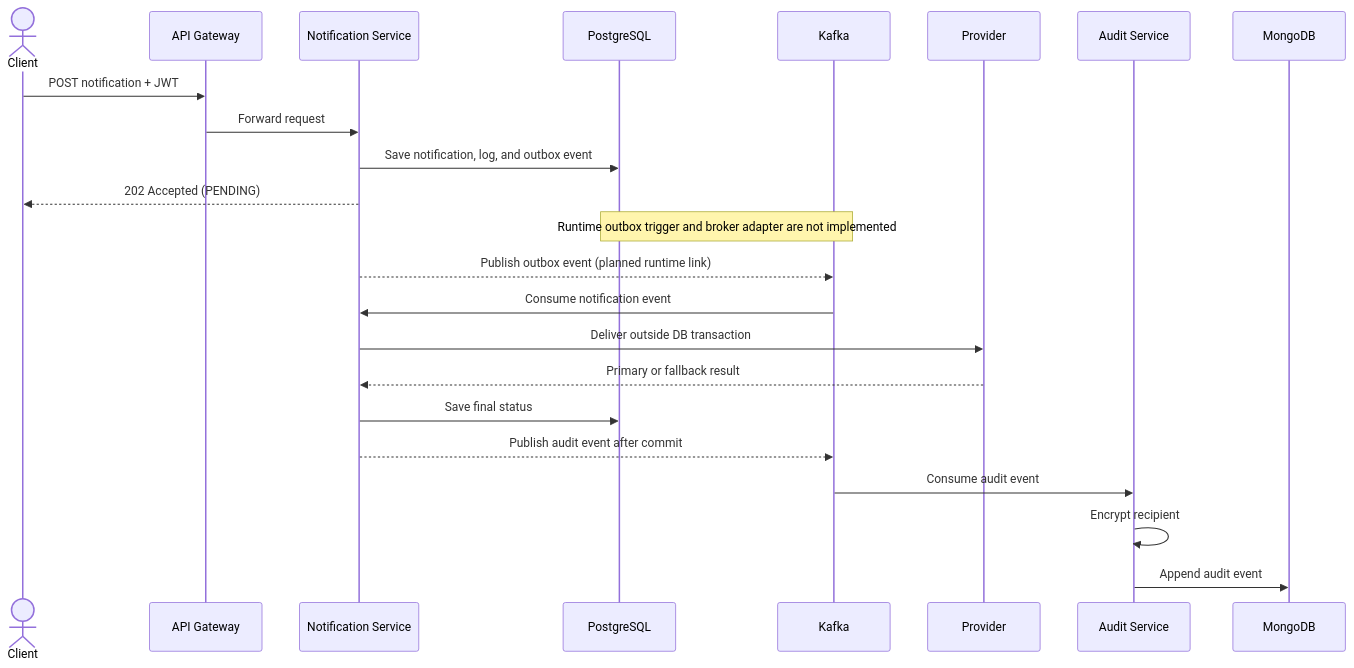
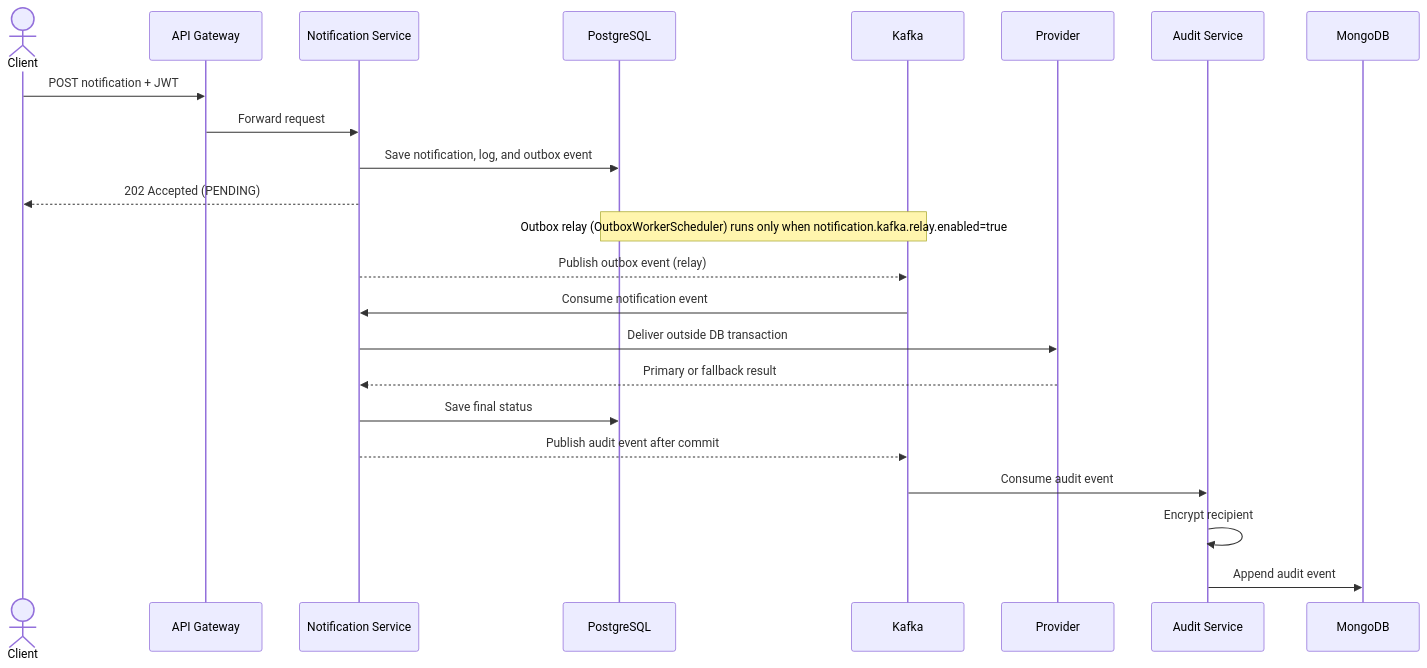
The third of 4 diagrams in docs/ARCHITECTURE.md (Exar-lab/AegisNotify), drawn with Mermaid before and after one commit. The commit also changed other lines of this file and 4 other files, not shown here.

First line of the commit message:
docs: fix stale statements in README, ARCHITECTURE, and scopes docs

````diff
--- a/docs/ARCHITECTURE.md
+++ b/docs/ARCHITECTURE.md
@@ -103,26 +103,26 @@
 ```mermaid
 sequenceDiagram
     actor Client
     participant Gateway as API Gateway
     participant Service as Notification Service
     participant DB as PostgreSQL
     participant Kafka
     participant Provider
     participant Audit as Audit Service
     participant Mongo as MongoDB
 
     Client->>Gateway: POST notification + JWT
     Gateway->>Service: Forward request
     Service->>DB: Save notification, log, and outbox event
     Service-->>Client: 202 Accepted (PENDING)
-    Note over DB,Kafka: Runtime outbox trigger and broker adapter are not implemented
-    Service-->>Kafka: Publish outbox event (planned runtime link)
+    Note over DB,Kafka: Outbox relay (OutboxWorkerScheduler) runs only when notification.kafka.relay.enabled=true
+    Service-->>Kafka: Publish outbox event (relay)
     Kafka->>Service: Consume notification event
     Service->>Provider: Deliver outside DB transaction
     Provider-->>Service: Primary or fallback result
     Service->>DB: Save final status
     Service-->>Kafka: Publish audit event after commit
     Kafka->>Audit: Consume audit event
     Audit->>Audit: Encrypt recipient
     Audit->>Mongo: Append audit event
 ```
````
